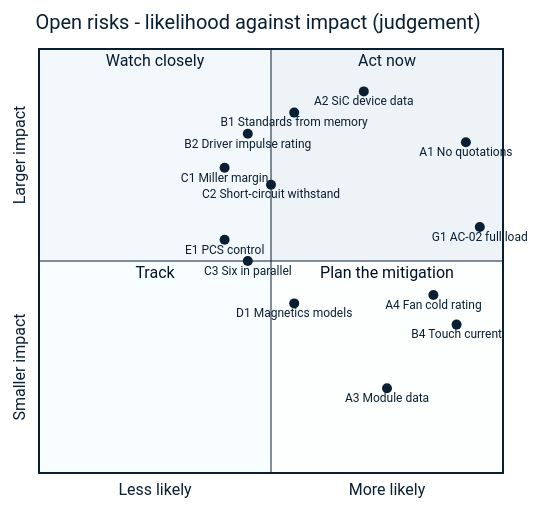
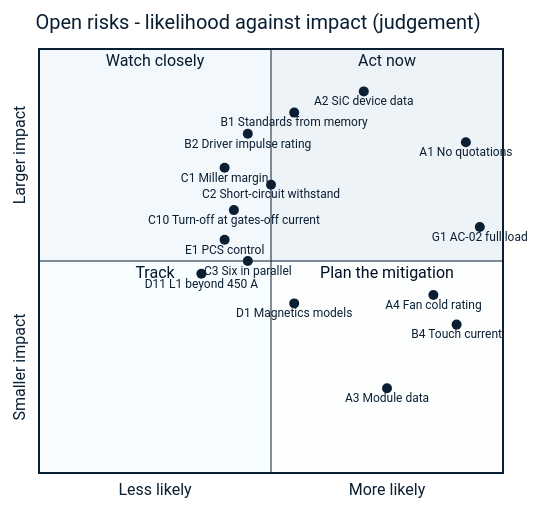
One commit to vectivolt/PCM changed the diagram in docs/guide/12-risks-and-open-items.md. Above: the diagram before and after it, drawn with Mermaid. The commit also changed other lines of this file and 188 other files, not shown here.

````diff
--- a/docs/guide/12-risks-and-open-items.md
+++ b/docs/guide/12-risks-and-open-items.md
@@ -29,24 +53,26 @@
 ```mermaid
 %%{init: {"theme": "base", "themeVariables": {"primaryColor": "#EEF3F7", "primaryBorderColor": "#0B1F33", "primaryTextColor": "#0B1F33", "lineColor": "#5B6B7A", "secondaryColor": "#D9F2EF", "tertiaryColor": "#FFF4D6", "fontFamily": "Inter, Helvetica, Arial, sans-serif"}}}%%
 quadrantChart
     title Open risks - likelihood against impact (judgement)
     x-axis Less likely --> More likely
     y-axis Smaller impact --> Larger impact
     quadrant-1 Act now
     quadrant-2 Watch closely
     quadrant-3 Track
     quadrant-4 Plan the mitigation
     A1 No quotations: [0.92, 0.78]
     A2 SiC device data: [0.70, 0.90]
     B1 Standards from memory: [0.55, 0.85]
     B2 Driver impulse rating: [0.45, 0.80]
     C1 Miller margin: [0.40, 0.72]
     C2 Short-circuit withstand: [0.50, 0.68]
+    C10 Turn-off at gates-off current: [0.42, 0.62]
+    D11 L1 beyond 450 A: [0.35, 0.47]
     A4 Fan cold rating: [0.85, 0.42]
     B4 Touch current: [0.90, 0.35]
     C3 Six in parallel: [0.45, 0.50]
     D1 Magnetics models: [0.55, 0.40]
     E1 PCS control: [0.40, 0.55]
     A3 Module data: [0.75, 0.20]
     G1 AC-02 full load: [0.95, 0.58]
 ```
````
